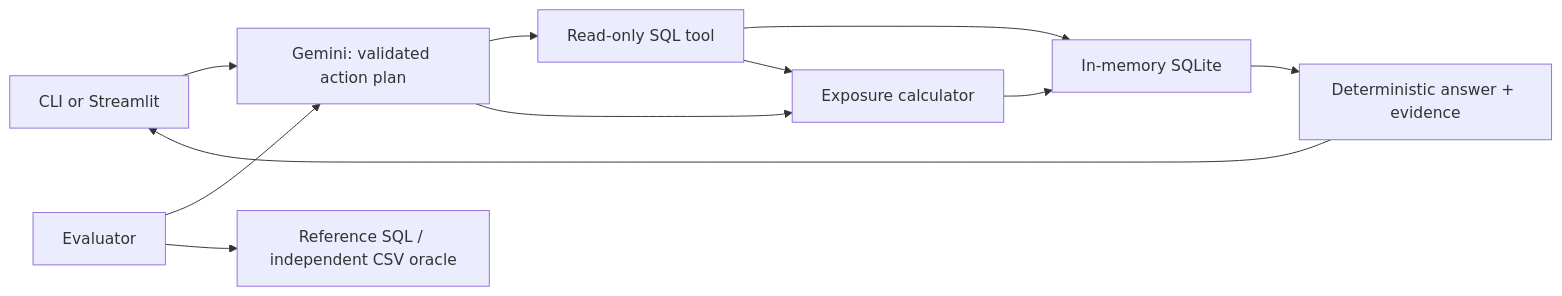
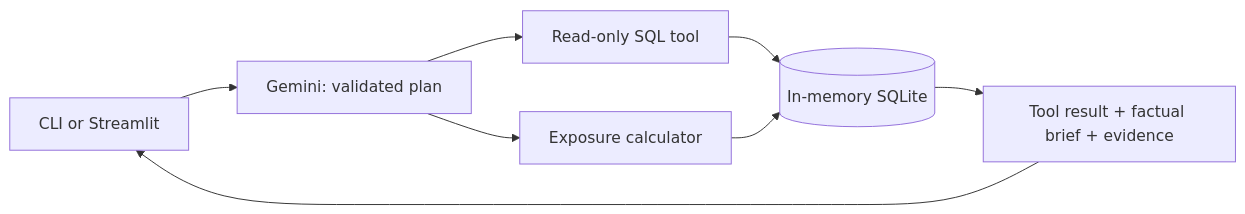
The diagram in README.md (shardulnarvekar/holdings-desk), drawn with Mermaid before and after one commit. The commit also changed other lines of this file and 29 other files, not shown here.

````diff
--- a/README.md
+++ b/README.md
@@ -91,13 +104,10 @@
 ```mermaid
 flowchart LR
-    A[CLI or Streamlit] --> B[Gemini: validated action plan]
-    B --> C[Read-only SQL tool]
-    B --> D[Exposure calculator]
-    C --> E[In-memory SQLite]
-    D --> E
-    C --> D
-    E --> F[Deterministic answer + evidence]
-    F --> A
-    G[Evaluator] --> B
-    G --> H[Reference SQL / independent CSV oracle]
+    UI[CLI or Streamlit] --> P[Gemini: validated plan]
+    P --> SQL[Read-only SQL tool]
+    P --> EXP[Exposure calculator]
+    SQL --> DB[(In-memory SQLite)]
+    EXP --> DB
+    DB --> A[Tool result + factual brief + evidence]
+    A --> UI
 ```
````
